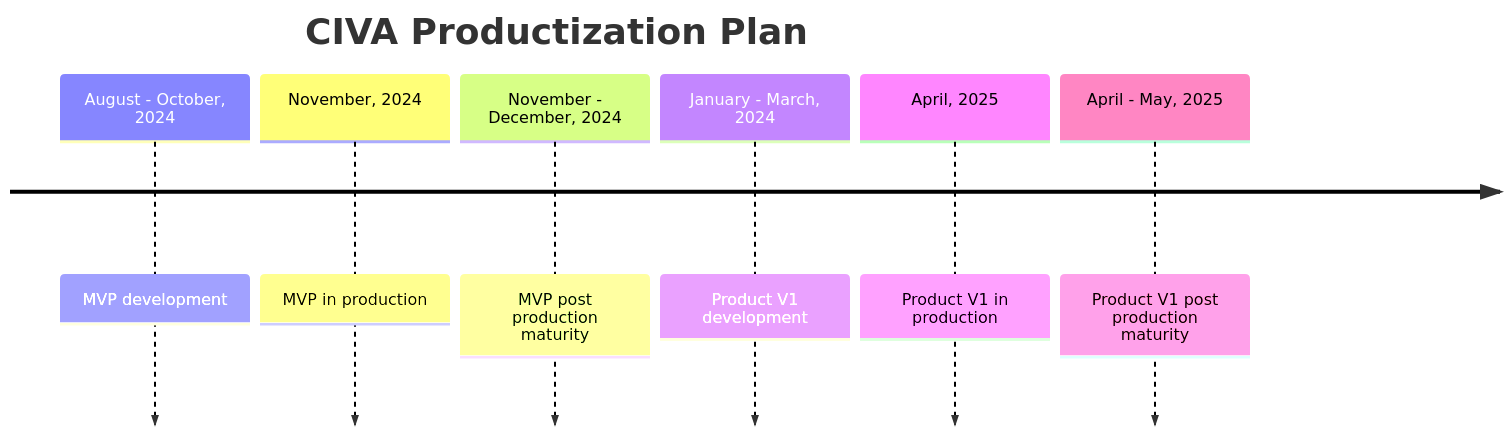
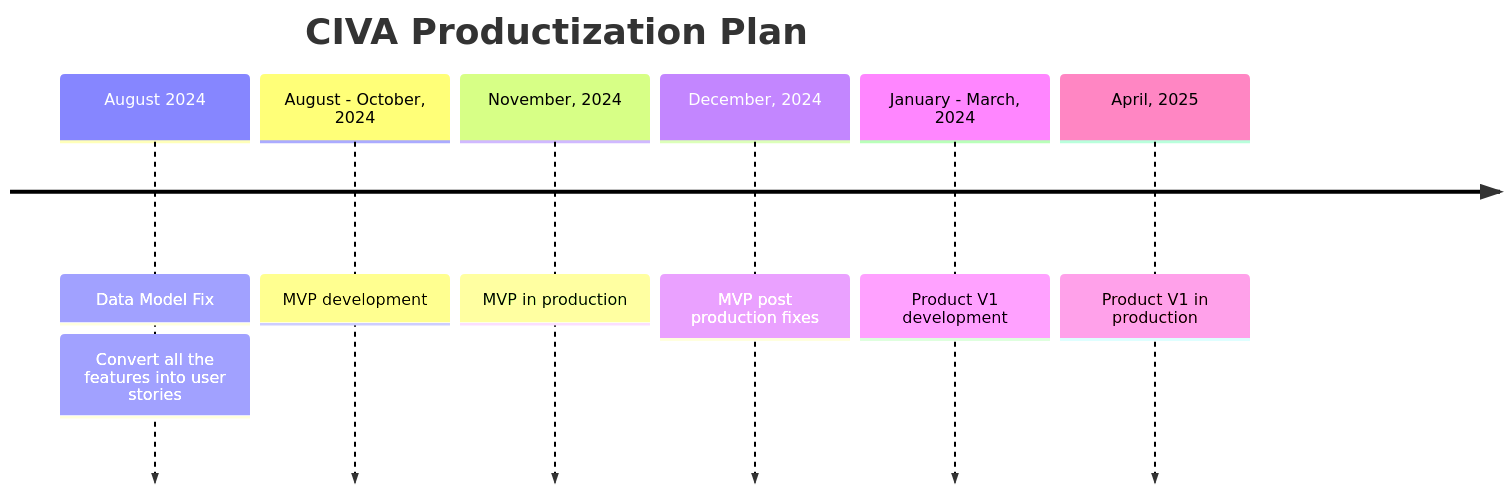
Before and after one commit to UXlySoftware/CIVA-Solution-Architecture: the diagram in road-map/roadmap.md, drawn with Mermaid. The commit also changed 3 other files, not shown here.

````diff
--- a/road-map/roadmap.md
+++ b/road-map/roadmap.md
@@ -13,11 +13,12 @@
 ```mermaid
 timeline
     title CIVA Productization Plan
+    August 2024: Data Model Fix
+               : Convert all the features into user stories
     August - October, 2024: MVP development
     November, 2024: MVP in production
-    November - December, 2024: MVP post production maturity
+    December, 2024: MVP post production fixes
     January - March, 2024: Product V1 development
     April, 2025: Product V1 in production
-    April - May, 2025: Product V1 post production maturity
 
 ```
````
